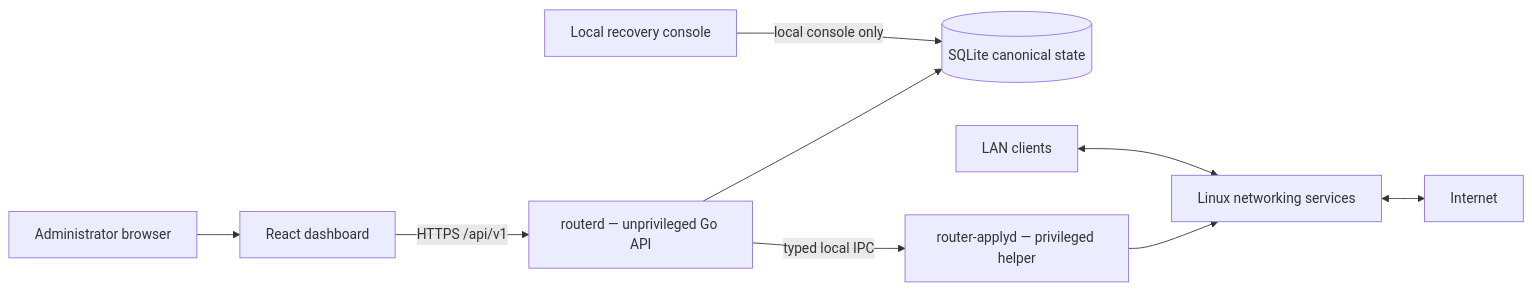
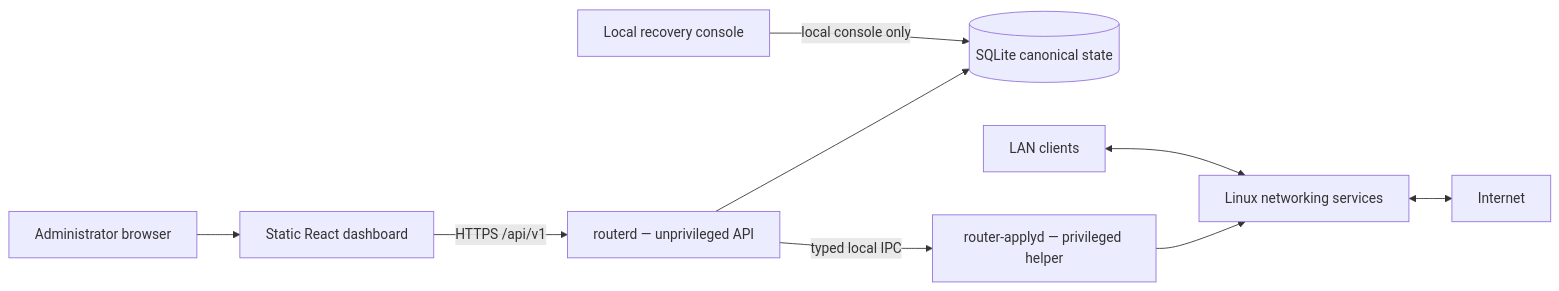
One commit to vladimirperovic/minimalrouter changed the diagram in README.md. Above: the diagram before and after it, drawn with Mermaid. The commit also changed other lines of this file, not shown here.

````diff
--- a/README.md
+++ b/README.md
@@ -171,21 +88,21 @@
 ```mermaid
 flowchart LR
     Browser[Administrator browser]
-    UI[React dashboard]
-    Routerd[routerd — unprivileged Go API]
+    UI[Static React dashboard]
+    Routerd[routerd — unprivileged API]
     DB[(SQLite canonical state)]
     Applyd[router-applyd — privileged helper]
     Recovery[Local recovery console]
     Linux[Linux networking services]
     LAN[LAN clients]
     WAN[Internet]
 
     Browser --> UI
     UI -->|HTTPS /api/v1| Routerd
     Routerd --> DB
     Routerd -->|typed local IPC| Applyd
     Recovery -->|local console only| DB
     Applyd --> Linux
     LAN <--> Linux
     Linux <--> WAN
 ```
````
